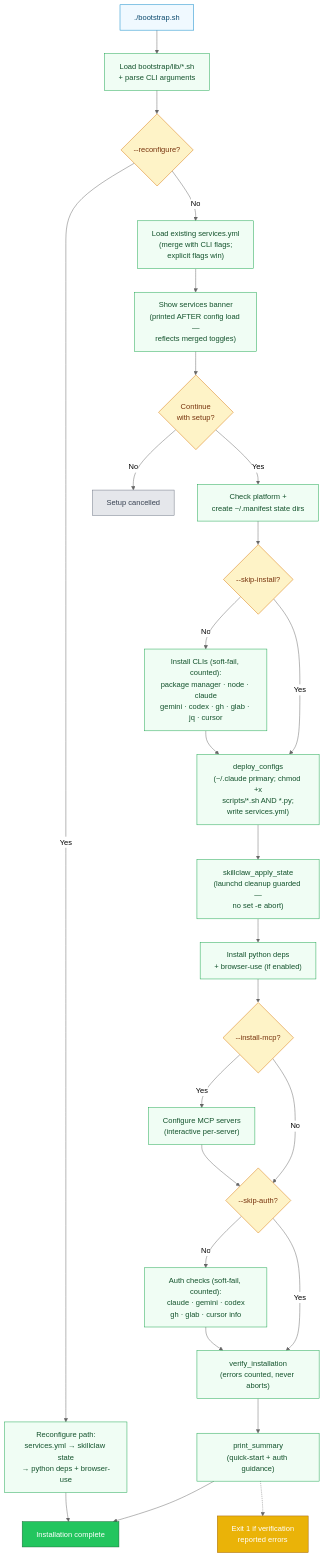
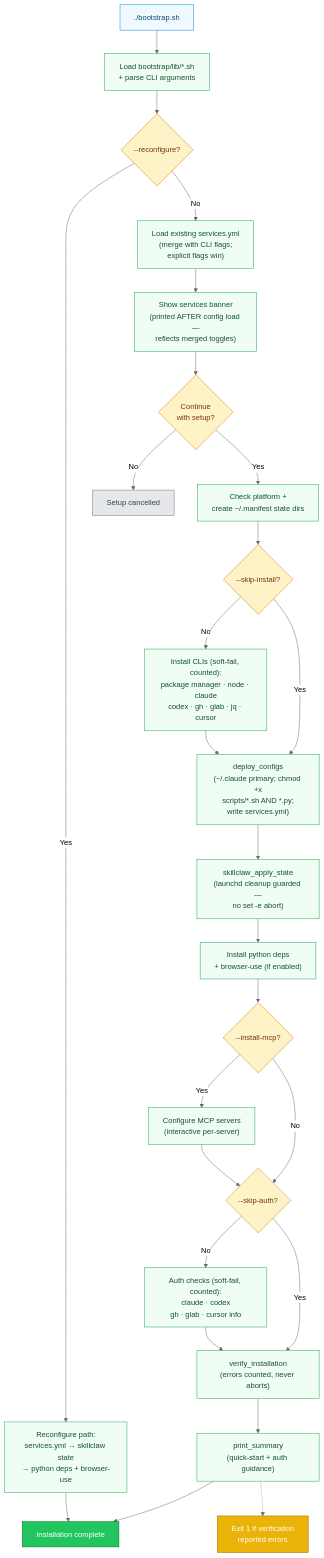
One commit to RB-chrismandich/Manifest changed the second of 2 diagrams in docs/diagrams/platform.md. Above: the diagram before and after it, drawn with Mermaid. The commit also changed 41 other files, not shown here.

````diff
--- a/docs/diagrams/platform.md
+++ b/docs/diagrams/platform.md
@@ -77,67 +77,67 @@
 ```mermaid
 %%{init: {'theme':'neutral'}}%%
 flowchart TD
     classDef input fill:#f0f9ff,stroke:#0284c7,color:#0c4a6e
     classDef process fill:#f0fdf4,stroke:#16a34a,color:#14532d
     classDef decision fill:#fef3c7,stroke:#d97706,color:#78350f
     classDef success fill:#22c55e,stroke:#166534,color:#fff
     classDef skip fill:#e5e7eb,stroke:#6b7280,color:#374151
     classDef warning fill:#eab308,stroke:#a16207,color:#fff
 
     START["./bootstrap.sh"]:::input
     LOAD_LIBS["Load bootstrap/lib/*.sh<br/>+ parse CLI arguments"]:::process
 
     RECONFIG{"--reconfigure?"}:::decision
     RECONFIG_PATH["Reconfigure path:<br/>services.yml → skillclaw state<br/>→ python deps + browser-use"]:::process
 
     LOAD_CONFIG["Load existing services.yml<br/>(merge with CLI flags;<br/>explicit flags win)"]:::process
     BANNER["Show services banner<br/>(printed AFTER config load —<br/>reflects merged toggles)"]:::process
     CONFIRM{"Continue<br/>with setup?"}:::decision
     CANCELLED["Setup cancelled"]:::skip
 
     PLATFORM["Check platform +<br/>create ~/.manifest state dirs"]:::process
 
     SKIP_INSTALL{"--skip-install?"}:::decision
-    INSTALLS["Install CLIs (soft-fail, counted):<br/>package manager · node · claude<br/>gemini · codex · gh · glab · jq · cursor"]:::process
+    INSTALLS["Install CLIs (soft-fail, counted):<br/>package manager · node · claude<br/>codex · gh · glab · jq · cursor"]:::process
 
     DEPLOY["deploy_configs<br/>(~/.claude primary; chmod +x<br/>scripts/*.sh AND *.py;<br/>write services.yml)"]:::process
     SKILLCLAW["skillclaw_apply_state<br/>(launchd cleanup guarded —<br/>no set -e abort)"]:::process
     PYDEPS["Install python deps<br/>+ browser-use (if enabled)"]:::process
 
     MCP{"--install-mcp?"}:::decision
     INSTALL_MCP["Configure MCP servers<br/>(interactive per-server)"]:::process
 
     SKIP_AUTH{"--skip-auth?"}:::decision
-    AUTH["Auth checks (soft-fail, counted):<br/>claude · gemini · codex<br/>gh · glab · cursor info"]:::process
+    AUTH["Auth checks (soft-fail, counted):<br/>claude · codex<br/>gh · glab · cursor info"]:::process
 
     VERIFY["verify_installation<br/>(errors counted, never aborts)"]:::process
     SUMMARY["print_summary<br/>(quick-start + auth guidance)"]:::process
     DONE["Installation complete"]:::success
     EXIT_WARN["Exit 1 if verification<br/>reported errors"]:::warning
 
     START --> LOAD_LIBS
     LOAD_LIBS --> RECONFIG
     RECONFIG -->|Yes| RECONFIG_PATH
     RECONFIG_PATH --> DONE
     RECONFIG -->|No| LOAD_CONFIG
     LOAD_CONFIG --> BANNER
     BANNER --> CONFIRM
     CONFIRM -->|No| CANCELLED
     CONFIRM -->|Yes| PLATFORM
     PLATFORM --> SKIP_INSTALL
     SKIP_INSTALL -->|No| INSTALLS
     SKIP_INSTALL -->|Yes| DEPLOY
     INSTALLS --> DEPLOY
     DEPLOY --> SKILLCLAW
     SKILLCLAW --> PYDEPS
     PYDEPS --> MCP
     MCP -->|Yes| INSTALL_MCP
     MCP -->|No| SKIP_AUTH
     INSTALL_MCP --> SKIP_AUTH
     SKIP_AUTH -->|No| AUTH
     SKIP_AUTH -->|Yes| VERIFY
     AUTH --> VERIFY
     VERIFY --> SUMMARY
     SUMMARY --> DONE
     SUMMARY -.-> EXIT_WARN
 ```
````
